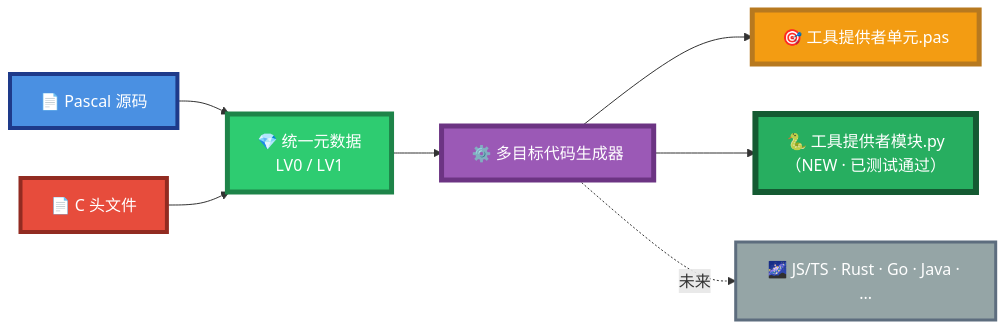
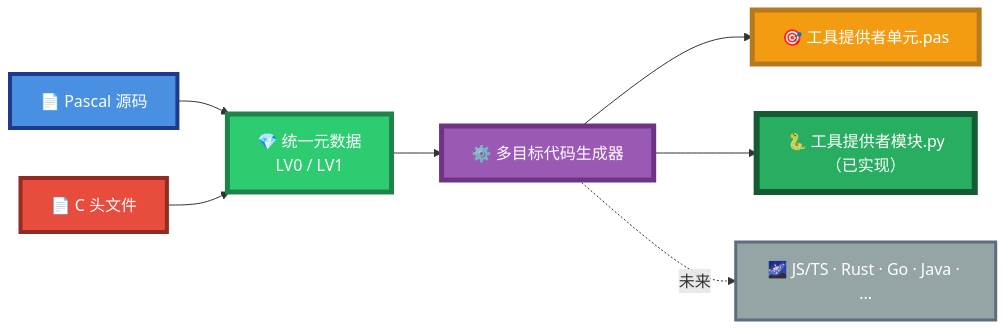
Before and after one commit to PassByYou888/LingoFuse-pasAgent-v3: the first of 46 diagrams in code_generate_mcp.md, drawn with Mermaid. The commit also changed other lines of this file, not shown here.

````diff
--- a/code_generate_mcp.md
+++ b/code_generate_mcp.md
@@ -20,17 +19,17 @@
 ```mermaid
 flowchart LR
     A["📄 Pascal 源码"] --> M["💎 统一元数据<br/>LV0 / LV1"]
     B["📄 C 头文件"] --> M
     M --> G["⚙️ 多目标代码生成器"]
     G --> O1["🎯 工具提供者单元.pas"]
-    G --> O2["🐍 工具提供者模块.py<br/>（NEW · 已测试通过）"]
+    G --> O2["🐍 工具提供者模块.py<br/>（已实现）"]
     G -.->|"未来"| O3["🌌 JS/TS · Rust · Go · Java · ..."]
 
     style A fill:#4A90E2,stroke:#1E3A8A,stroke-width:4px,color:#FFFFFF
     style B fill:#E74C3C,stroke:#922B21,stroke-width:4px,color:#FFFFFF
     style M fill:#2ECC71,stroke:#1E8449,stroke-width:5px,color:#FFFFFF
     style G fill:#9B59B6,stroke:#6C3483,stroke-width:5px,color:#FFFFFF
     style O1 fill:#F39C12,stroke:#B7791F,stroke-width:5px,color:#FFFFFF
     style O2 fill:#27AE60,stroke:#145A32,stroke-width:6px,color:#FFFFFF
     style O3 fill:#95A5A6,stroke:#5D6D7E,stroke-width:3px,color:#FFFFFF
 ```
````
